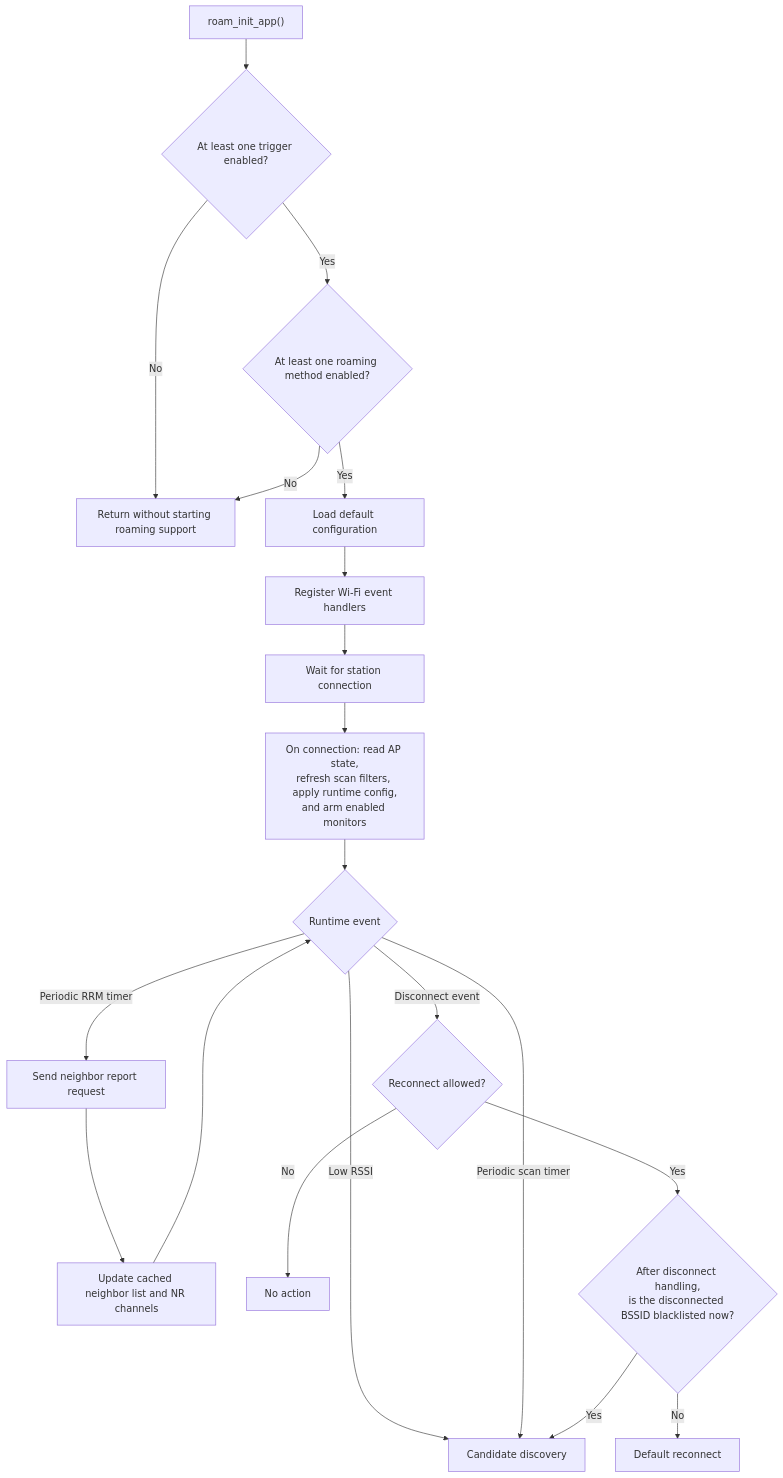
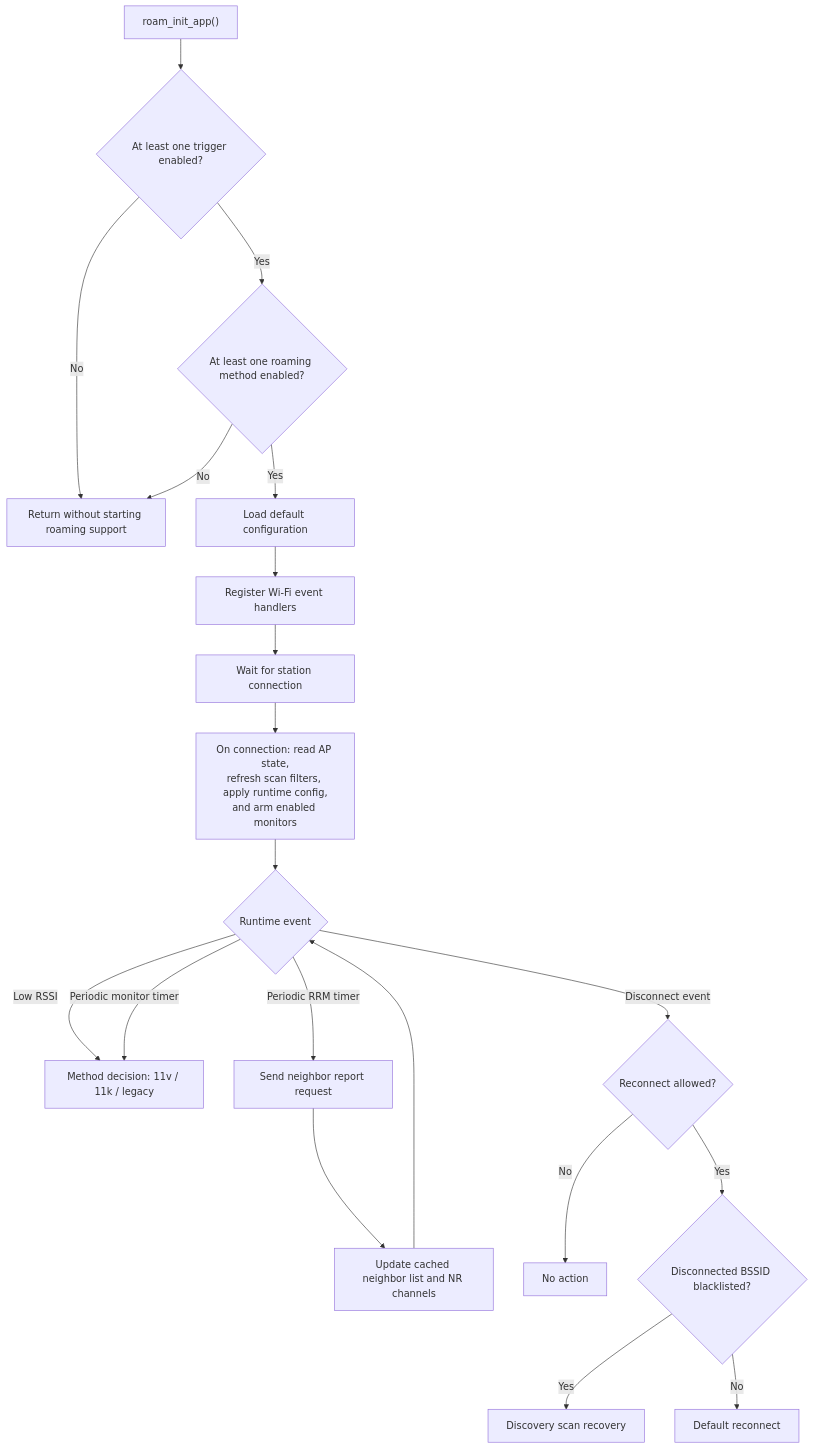
The second of 4 diagrams in components/esp_wifi/wifi_apps/roaming_app/src/ROAMING_FLOW.md (espressif/esp-idf), drawn with Mermaid before and after one commit. The commit also changed other lines of this file and 4 other files, not shown here.

First line of the commit message:
feat(roam): Run 11v and 11k without a prior discovery scan

````diff
--- a/components/esp_wifi/wifi_apps/roaming_app/src/ROAMING_FLOW.md
+++ b/components/esp_wifi/wifi_apps/roaming_app/src/ROAMING_FLOW.md
@@ -72,24 +71,24 @@
 ```mermaid
 flowchart TD
     A["roam_init_app()"] --> B{"At least one trigger enabled?"}
     B -- "No" --> X["Return without starting roaming support"]
     B -- "Yes" --> C{"At least one roaming method enabled?"}
     C -- "No" --> X
     C -- "Yes" --> D["Load default configuration"]
     D --> E["Register Wi-Fi event handlers"]
     E --> F["Wait for station connection"]
 
     F --> G["On connection: read AP state,<br/>refresh scan filters, apply runtime config,<br/>and arm enabled monitors"]
 
     G --> H{"Runtime event"}
-    H -- "Low RSSI" --> I["Candidate discovery"]
-    H -- "Periodic scan timer" --> I
+    H -- "Low RSSI" --> Decide["Method decision: 11v / 11k / legacy"]
+    H -- "Periodic monitor timer" --> Decide
     H -- "Periodic RRM timer" --> J["Send neighbor report request"]
     J --> K["Update cached neighbor list and NR channels"]
     K --> H
     H -- "Disconnect event" --> L{"Reconnect allowed?"}
     L -- "No" --> M["No action"]
-    L -- "Yes" --> N{"After disconnect handling,<br/>is the disconnected BSSID blacklisted now?"}
-    N -- "Yes" --> I
+    L -- "Yes" --> N{"Disconnected BSSID blacklisted?"}
+    N -- "Yes" --> Disc["Discovery scan recovery"]
     N -- "No" --> O["Default reconnect"]
 ```
````
